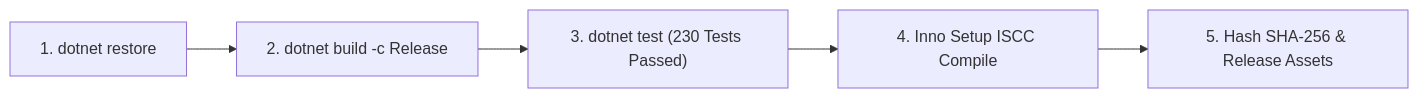
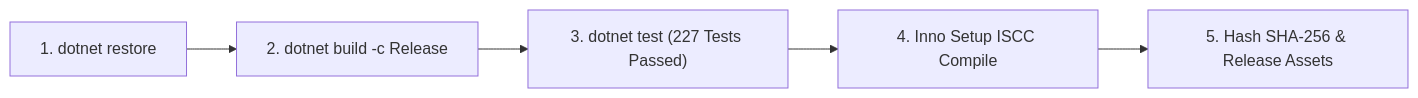
One commit to Nguyen-Trung-Tien/WinCarePro changed the diagram in rules/08_RELEASE_PACKAGING_AND_CICD_RULES.md. Above: the diagram before and after it, drawn with Mermaid. The commit also changed other lines of this file and 23 other files, not shown here.

Commit message:
docs: implement system architecture, design, and deployment documentation alongside new settings module and translation support.

````diff
--- a/rules/08_RELEASE_PACKAGING_AND_CICD_RULES.md
+++ b/rules/08_RELEASE_PACKAGING_AND_CICD_RULES.md
@@ -59,7 +59,7 @@
 ```mermaid
 graph LR
     Step1["1. dotnet restore"] --> Step2["2. dotnet build -c Release"]
-    Step2 --> Step3["3. dotnet test (230 Tests Passed)"]
+    Step2 --> Step3["3. dotnet test (227 Tests Passed)"]
     Step3 --> Step4["4. Inno Setup ISCC Compile"]
     Step4 --> Step5["5. Hash SHA-256 & Release Assets"]
 ```
````
